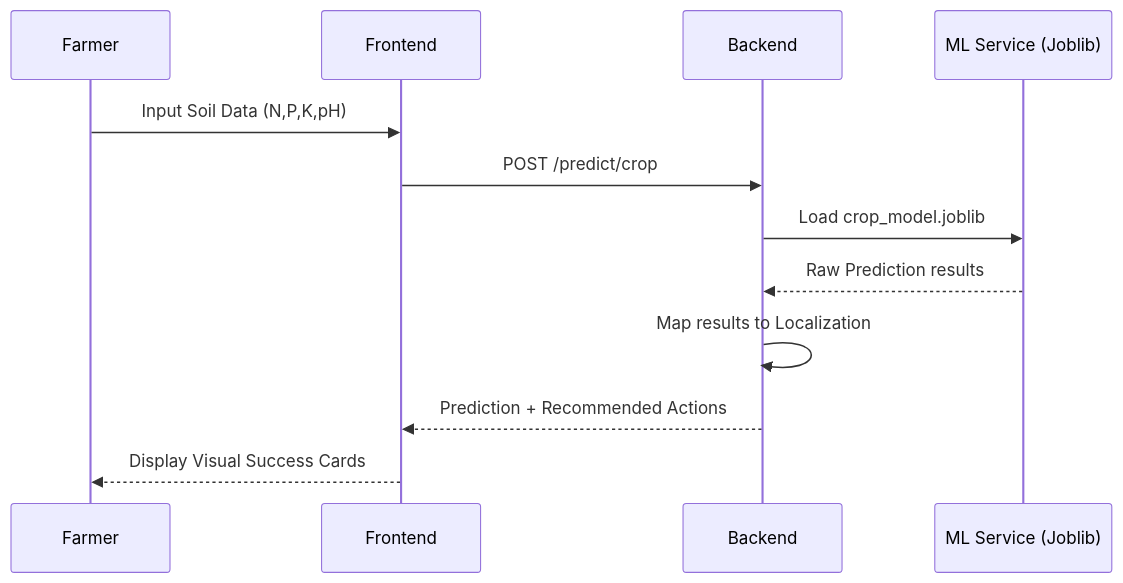
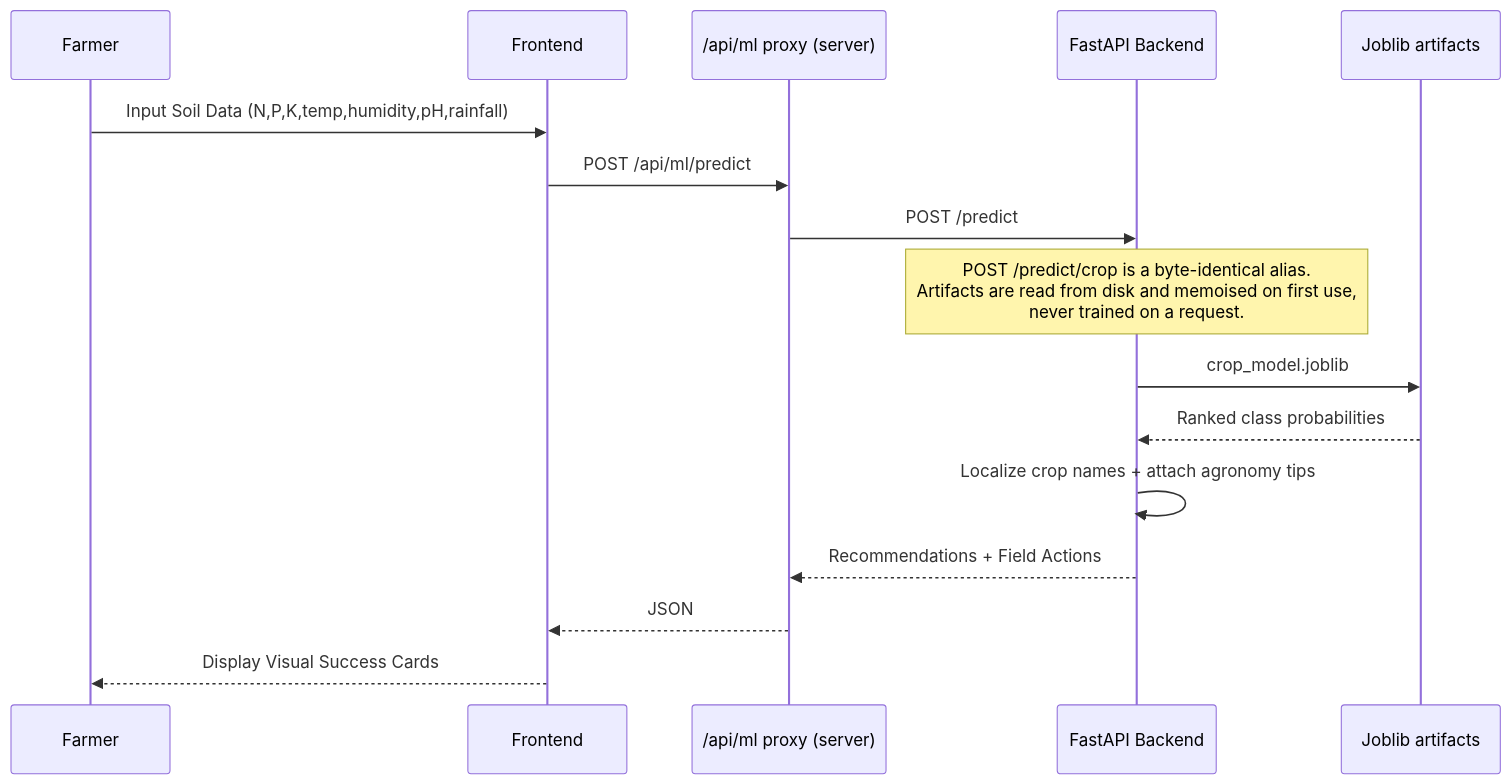
Before and after one commit to adarshcod30/KrishiMitra: the second of 2 diagrams in README.md, drawn with Mermaid. The commit also changed other lines of this file and 106 other files, not shown here.

````diff
--- a/README.md
+++ b/README.md
@@ -99,15 +154,19 @@
 ```mermaid
 sequenceDiagram
     participant U as Farmer
     participant F as Frontend
-    participant B as Backend
-    participant ML as ML Service (Joblib)
+    participant P as /api/ml proxy (server)
+    participant B as FastAPI Backend
+    participant ML as Joblib artifacts
 
-    U->>F: Input Soil Data (N,P,K,pH)
-    F->>B: POST /predict/crop
-    B->>ML: Load crop_model.joblib
-    ML-->>B: Raw Prediction results
-    B->>B: Map results to Localization
-    B-->>F: Prediction + Recommended Actions
+    U->>F: Input Soil Data (N,P,K,temp,humidity,pH,rainfall)
+    F->>P: POST /api/ml/predict
+    P->>B: POST /predict
+    Note over B: POST /predict/crop is a byte-identical alias.<br/>Artifacts are read from disk and memoised on first use,<br/>never trained on a request.
+    B->>ML: crop_model.joblib
+    ML-->>B: Ranked class probabilities
+    B->>B: Localize crop names + attach agronomy tips
+    B-->>P: Recommendations + Field Actions
+    P-->>F: JSON
     F-->>U: Display Visual Success Cards
 ```
````
